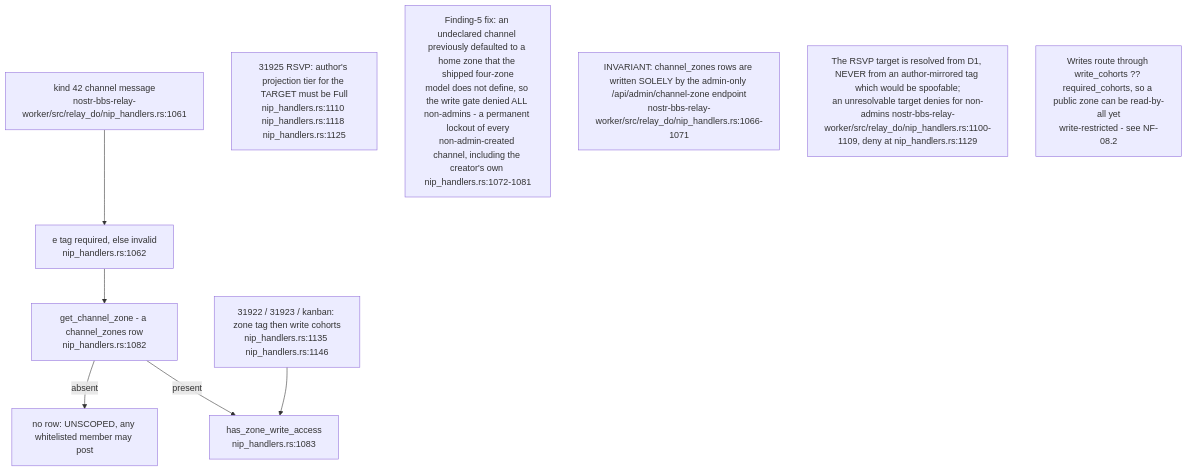
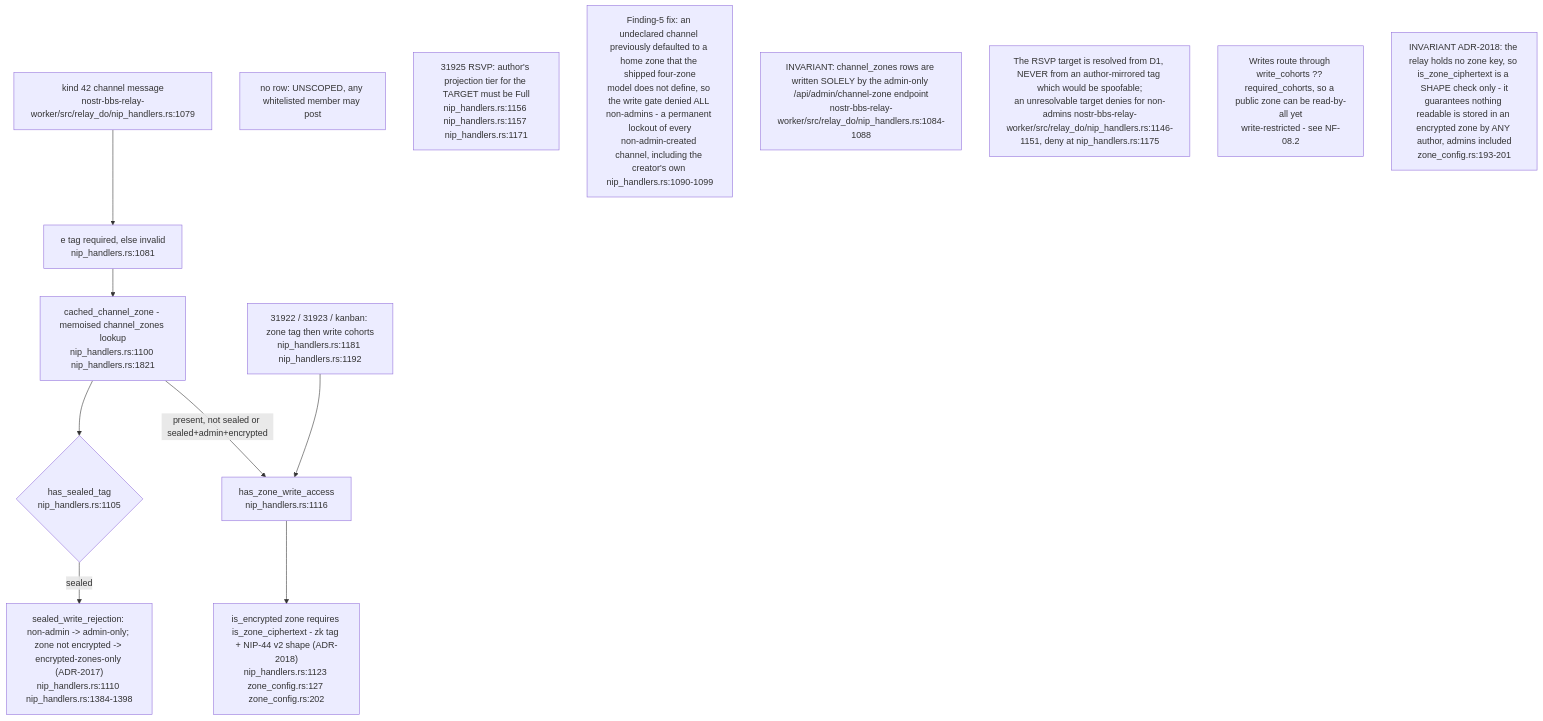
Diagram 12 of 14 in docs/diagrams/nostr-rust-forum/03-relay-worker-admission-auth-and-trust.md (DreamLab-AI/VisionFlow), drawn with Mermaid before and after one commit. The commit also changed other lines of this file and 136 other files, not shown here.

First line of the commit message:
docs(diagrams): refresh the whole corpus to code HEAD and prune low-value diagrams

````diff
--- a/docs/diagrams/nostr-rust-forum/03-relay-worker-admission-auth-and-trust.md
+++ b/docs/diagrams/nostr-rust-forum/03-relay-worker-admission-auth-and-trust.md
@@ -318,20 +318,26 @@
 ```mermaid
 flowchart TB
-    K42["kind 42 channel message<br/>nostr-bbs-relay-worker/src/relay_do/nip_handlers.rs:1061"]
-    ETAG["e tag required, else invalid<br/>nip_handlers.rs:1062"]
-    CZ["get_channel_zone - a channel_zones row<br/>nip_handlers.rs:1082"]
+    K42["kind 42 channel message<br/>nostr-bbs-relay-worker/src/relay_do/nip_handlers.rs:1079"]
+    ETAG["e tag required, else invalid<br/>nip_handlers.rs:1081"]
+    CZ["cached_channel_zone - memoised channel_zones lookup<br/>nip_handlers.rs:1100 nip_handlers.rs:1821"]
+    SEALED{"has_sealed_tag<br/>nip_handlers.rs:1105"}
+    SREJ["sealed_write_rejection: non-admin -> admin-only; zone not encrypted -> encrypted-zones-only (ADR-2017)<br/>nip_handlers.rs:1110 nip_handlers.rs:1384-1398"]
     UNSCOPED["no row: UNSCOPED, any whitelisted member may post"]
-    WGATE["has_zone_write_access<br/>nip_handlers.rs:1083"]
-    CAL["31922 / 31923 / kanban: zone tag then write cohorts<br/>nip_handlers.rs:1135 nip_handlers.rs:1146"]
-    RSVP["31925 RSVP: author's projection tier for the TARGET must be Full<br/>nip_handlers.rs:1110 nip_handlers.rs:1118 nip_handlers.rs:1125"]
+    WGATE["has_zone_write_access<br/>nip_handlers.rs:1116"]
+    CIPHER["is_encrypted zone requires is_zone_ciphertext - zk tag + NIP-44 v2 shape (ADR-2018)<br/>nip_handlers.rs:1123 zone_config.rs:127 zone_config.rs:202"]
+    CAL["31922 / 31923 / kanban: zone tag then write cohorts<br/>nip_handlers.rs:1181 nip_handlers.rs:1192"]
+    RSVP["31925 RSVP: author's projection tier for the TARGET must be Full<br/>nip_handlers.rs:1156 nip_handlers.rs:1157 nip_handlers.rs:1171"]
 
     K42 --> ETAG --> CZ
-    CZ -->|"absent"| UNSCOPED
-    CZ -->|"present"| WGATE
+    CZ --> SEALED
+    SEALED -->|"sealed"| SREJ
+    CZ -->|"present, not sealed or sealed+admin+encrypted"| WGATE
+    WGATE --> CIPHER
     CAL --> WGATE
 
-    N1["Finding-5 fix: an undeclared channel previously defaulted to a home zone that the shipped four-zone<br/>model does not define, so the write gate denied ALL non-admins - a permanent lockout of every<br/>non-admin-created channel, including the creator's own nip_handlers.rs:1072-1081"]
-    N2["INVARIANT: channel_zones rows are written SOLELY by the admin-only /api/admin/channel-zone endpoint<br/>nostr-bbs-relay-worker/src/relay_do/nip_handlers.rs:1066-1071"]
-    N3["The RSVP target is resolved from D1, NEVER from an author-mirrored tag which would be spoofable;<br/>an unresolvable target denies for non-admins nostr-bbs-relay-worker/src/relay_do/nip_handlers.rs:1100-1109, deny at nip_handlers.rs:1129"]
+    N1["Finding-5 fix: an undeclared channel previously defaulted to a home zone that the shipped four-zone<br/>model does not define, so the write gate denied ALL non-admins - a permanent lockout of every<br/>non-admin-created channel, including the creator's own nip_handlers.rs:1090-1099"]
+    N2["INVARIANT: channel_zones rows are written SOLELY by the admin-only /api/admin/channel-zone endpoint<br/>nostr-bbs-relay-worker/src/relay_do/nip_handlers.rs:1084-1088"]
+    N3["The RSVP target is resolved from D1, NEVER from an author-mirrored tag which would be spoofable;<br/>an unresolvable target denies for non-admins nostr-bbs-relay-worker/src/relay_do/nip_handlers.rs:1146-1151, deny at nip_handlers.rs:1175"]
     N4["Writes route through write_cohorts ?? required_cohorts, so a public zone can be read-by-all yet<br/>write-restricted - see NF-08.2"]
+    N5["INVARIANT ADR-2018: the relay holds no zone key, so is_zone_ciphertext is a SHAPE check only - it<br/>guarantees nothing readable is stored in an encrypted zone by ANY author, admins included<br/>zone_config.rs:193-201"]
 ```
````
